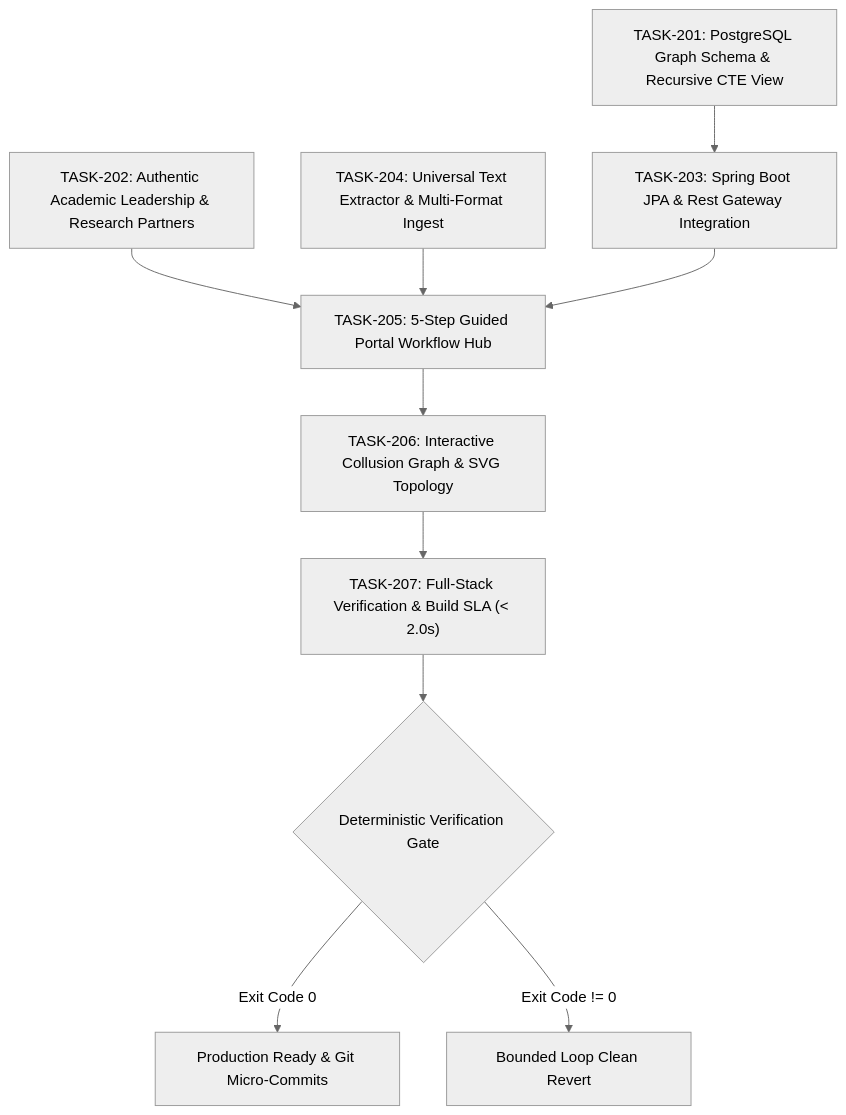
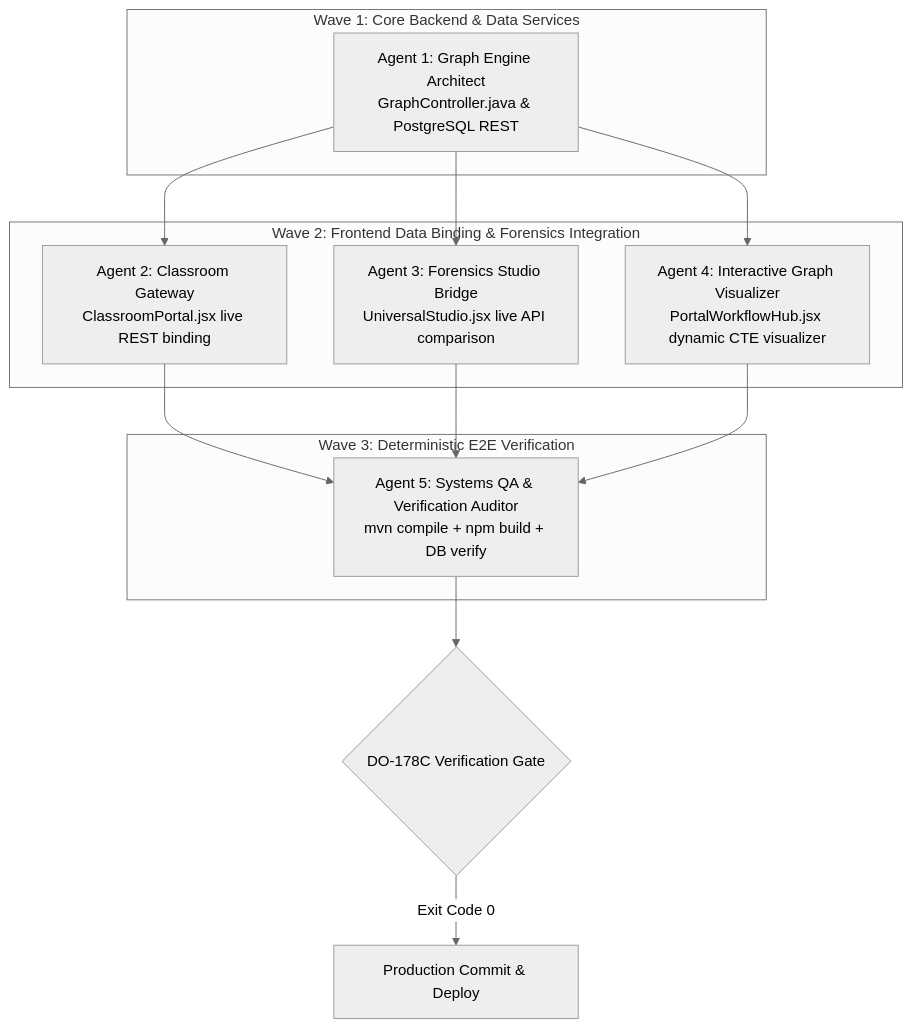
One commit to rohith2157/VERITAS changed the diagram in GRAPH_SPEC.md. Above: the diagram before and after it, drawn with Mermaid (neutral theme). The commit also changed other lines of this file and 4 other files, not shown here.

Commit message:
feat(graph): update task graph specification to 5-Agent Autonomous Collaboration model and enhance allocation matrix

````diff
--- a/GRAPH_SPEC.md
+++ b/GRAPH_SPEC.md
@@ -4,12 +4,25 @@
 ```mermaid
 flowchart TD
-    W1A["TASK-201: PostgreSQL Graph Schema & Recursive CTE View"] --> W2A["TASK-203: Spring Boot JPA & Rest Gateway Integration"]
-    W1B["TASK-202: Authentic Academic Leadership & Research Partners"] --> W3A["TASK-205: 5-Step Guided Portal Workflow Hub"]
-    W1C["TASK-204: Universal Text Extractor & Multi-Format Ingest"] --> W3A
-    W2A --> W3A
-    W3A --> W4A["TASK-206: Interactive Collusion Graph & SVG Topology"]
-    W4A --> W5A["TASK-207: Full-Stack Verification & Build SLA (< 2.0s)"]
-    W5A --> GATE{"Deterministic Verification Gate"}
-    GATE -->|Exit Code 0| SHIP["Production Ready & Git Micro-Commits"]
-    GATE -->|Exit Code != 0| REVERT["Bounded Loop Clean Revert"]
+    subgraph Wave1["Wave 1: Core Backend & Data Services"]
+        A1["Agent 1: Graph Engine Architect<br/>GraphController.java & PostgreSQL REST"]
+    end
+
+    subgraph Wave2["Wave 2: Frontend Data Binding & Forensics Integration"]
+        A2["Agent 2: Classroom Gateway<br/>ClassroomPortal.jsx live REST binding"]
+        A3["Agent 3: Forensics Studio Bridge<br/>UniversalStudio.jsx live API comparison"]
+        A4["Agent 4: Interactive Graph Visualizer<br/>PortalWorkflowHub.jsx dynamic CTE visualizer"]
+    end
+
+    subgraph Wave3["Wave 3: Deterministic E2E Verification"]
+        A5["Agent 5: Systems QA & Verification Auditor<br/>mvn compile + npm build + DB verify"]
+    end
+
+    A1 --> A4
+    A1 --> A2
+    A1 --> A3
+    A2 --> A5
+    A3 --> A5
+    A4 --> A5
+    A5 --> GATE{"DO-178C Verification Gate"}
+    GATE -->|Exit Code 0| SHIP["Production Commit & Deploy"]
 ```
````
